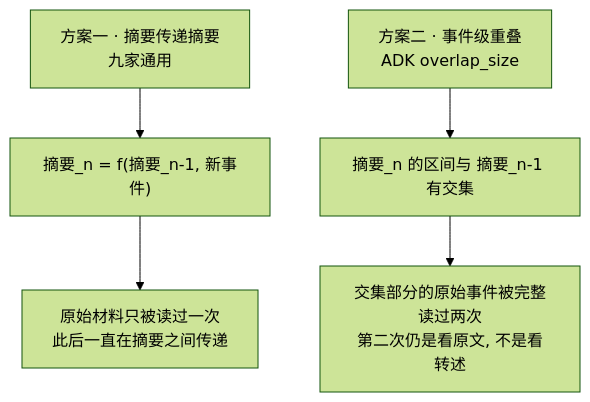
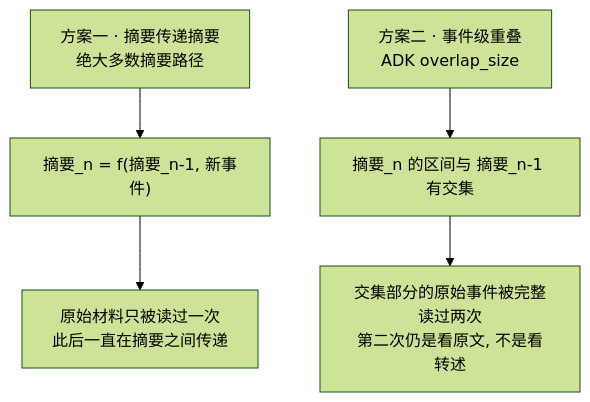
Before and after one commit to caiboyang/ML-learning: the third of 18 diagrams in agent-context-compression/Agent_Context_Compression_Research.md, drawn with Mermaid (forest theme). The commit also changed other lines of this file, not shown here.

````diff
--- a/agent-context-compression/Agent_Context_Compression_Research.md
+++ b/agent-context-compression/Agent_Context_Compression_Research.md
@@ -168,7 +170,7 @@
 ```mermaid
 flowchart TD
-    A["方案一 · 摘要传递摘要<br/>九家通用"] --> A1["摘要_n = f(摘要_n-1, 新事件)"]
+    A["方案一 · 摘要传递摘要<br/>绝大多数摘要路径"] --> A1["摘要_n = f(摘要_n-1, 新事件)"]
     A1 --> A2["原始材料只被读过一次<br/>此后一直在摘要之间传递"]
     B["方案二 · 事件级重叠<br/>ADK overlap_size"] --> B1["摘要_n 的区间与 摘要_n-1 有交集"]
     B1 --> B2["交集部分的原始事件被完整读过两次<br/>第二次仍是看原文, 不是看转述"]
 ```
````
